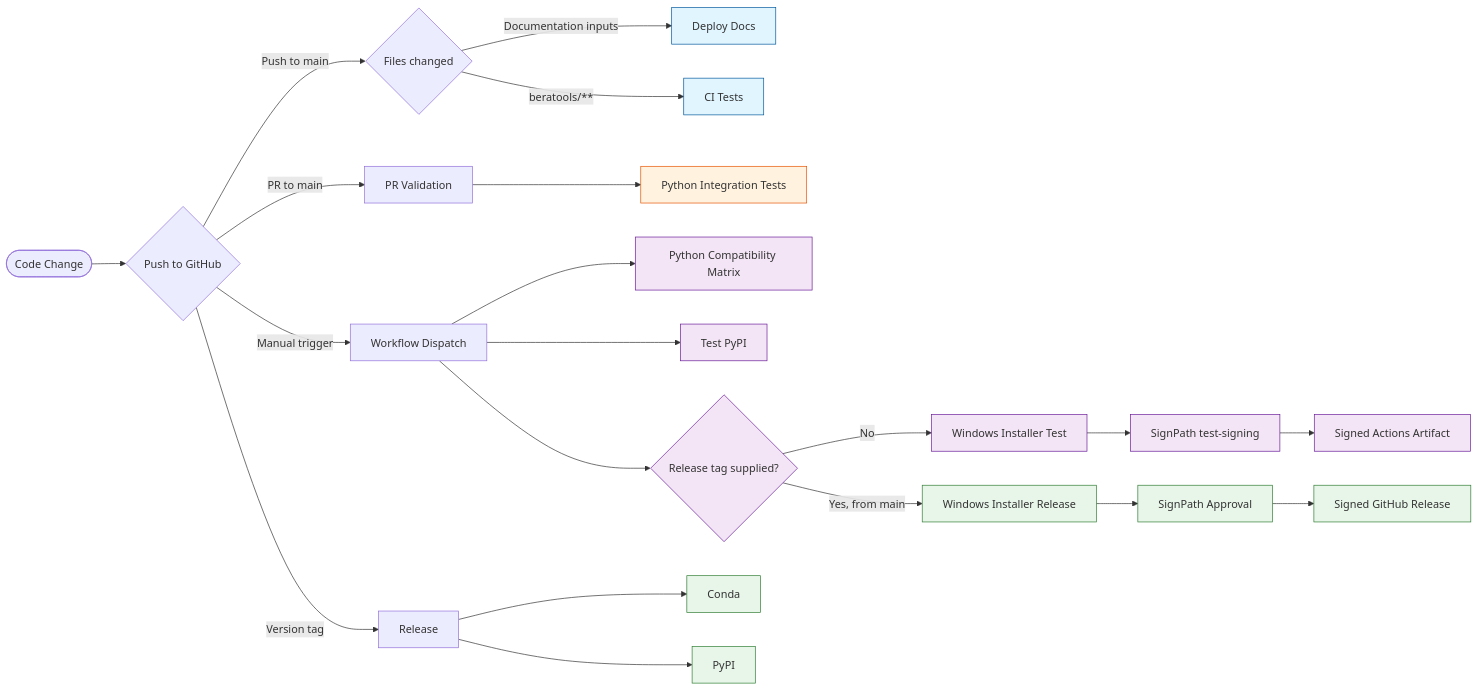
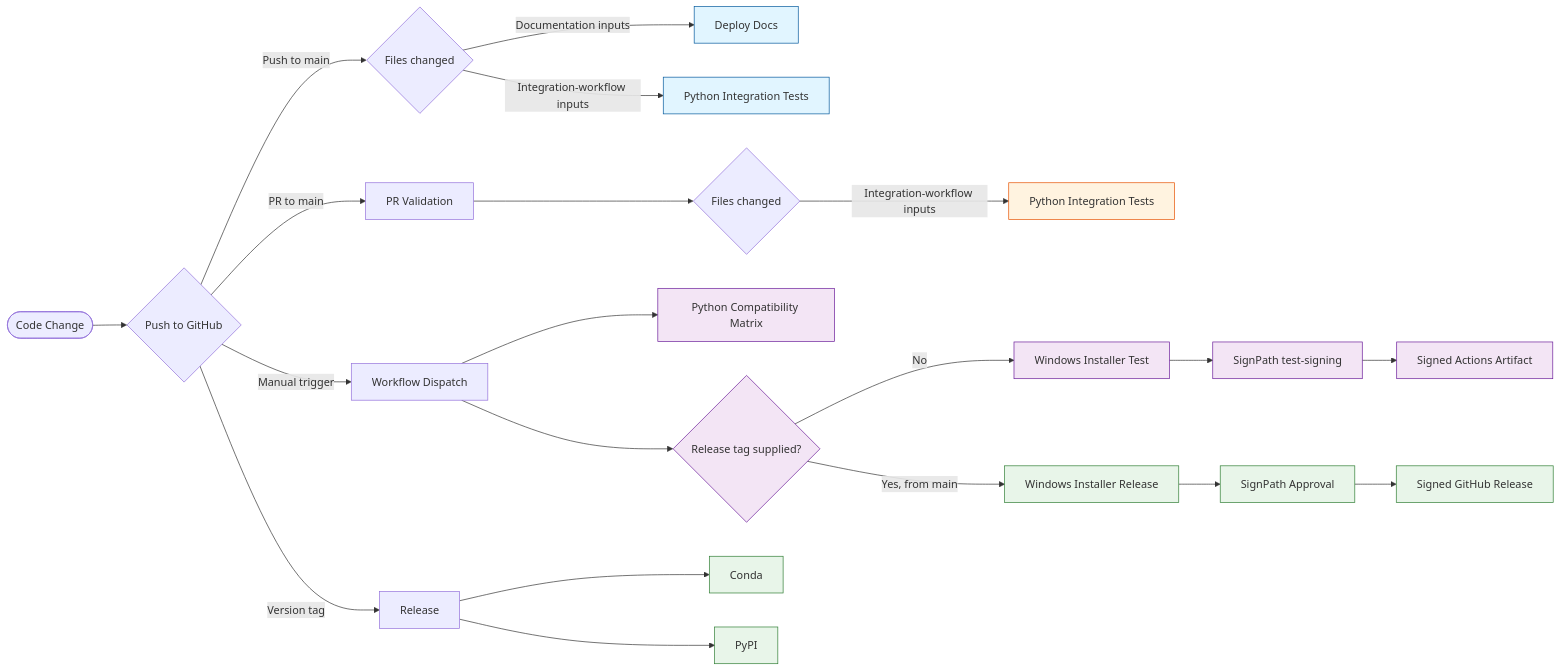
One commit to appliedgrg/beratools changed the diagram in docs/files/developer/maintainer.md. Above: the diagram before and after it, drawn with Mermaid. The commit also changed other lines of this file and 6 other files, not shown here.

````diff
--- a/docs/files/developer/maintainer.md
+++ b/docs/files/developer/maintainer.md
@@ -92,36 +87,36 @@
 ```mermaid
 flowchart LR
     Start([Code Change]) --> CheckType{Push to GitHub}
     
     CheckType -->|Push to main| Files{Files changed}
     Files -->|Documentation inputs| Zensical[Deploy Docs]
-    Files -->|beratools/**| Pytest[CI Tests]
+    Files -->|Integration-workflow inputs| IntegrationPush[Python Integration Tests]
     
     CheckType -->|PR to main| PR[PR Validation]
-    PR --> Integration[Python Integration Tests]
+    PR --> PRFiles{Files changed}
+    PRFiles -->|Integration-workflow inputs| IntegrationPR[Python Integration Tests]
 
     CheckType -->|Manual trigger| Manual[Workflow Dispatch]
     Manual --> Compatibility[Python Compatibility Matrix]
-    Manual --> PyPITest[Test PyPI]
     Manual --> InstallerMode{Release tag supplied?}
     InstallerMode -->|No| InstallerTest[Windows Installer Test]
     InstallerTest --> TestSign[SignPath test-signing]
     TestSign --> SignedTest[Signed Actions Artifact]
     InstallerMode -->|Yes, from main| WindowsInstaller[Windows Installer Release]
     WindowsInstaller --> SignPathApproval[SignPath Approval]
     SignPathApproval --> SignedRelease[Signed GitHub Release]
     
     CheckType -->|Version tag| Release[Release]
     Release --> Anaconda[Conda]
     Release --> PyPI[PyPI]
     
     classDef push fill:#e1f5ff,stroke:#01579b
     classDef pr fill:#fff3e0,stroke:#e65100
     classDef manual fill:#f3e5f5,stroke:#6a1b9a
     classDef rel fill:#e8f5e9,stroke:#2e7d32
     
-    class Zensical,Pytest push
-    class PyPITest,Compatibility,InstallerMode,InstallerTest,TestSign,SignedTest manual
-    class Integration pr
+    class Zensical,IntegrationPush push
+    class Compatibility,InstallerMode,InstallerTest,TestSign,SignedTest manual
+    class IntegrationPR pr
     class Anaconda,PyPI,WindowsInstaller,SignPathApproval,SignedRelease rel
 ```
````
